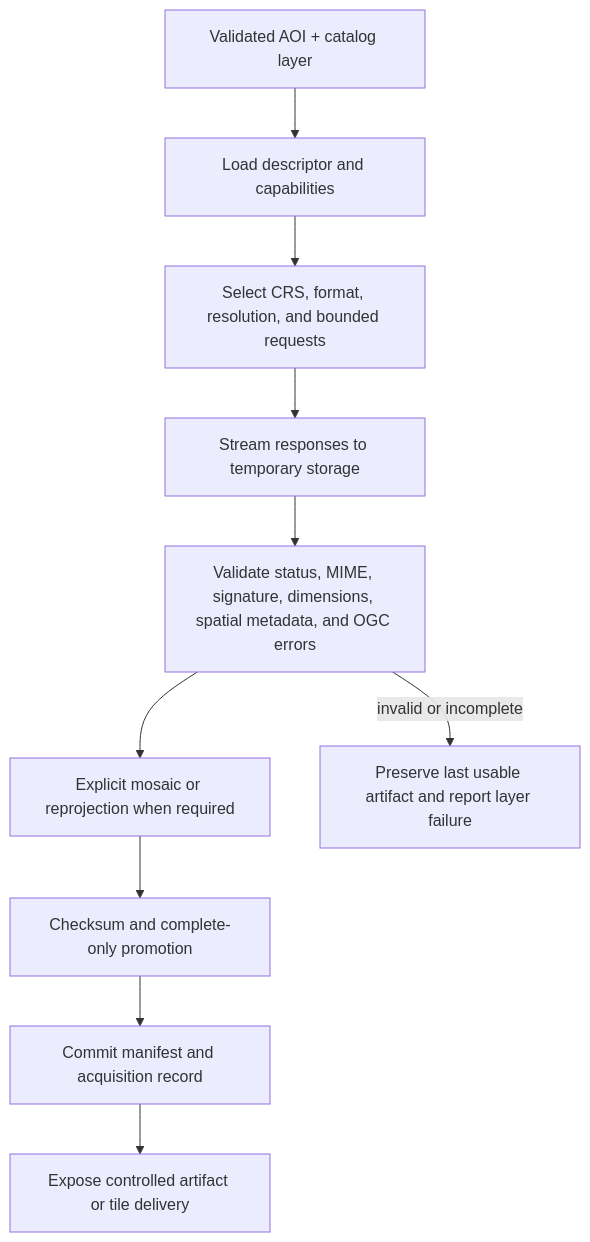
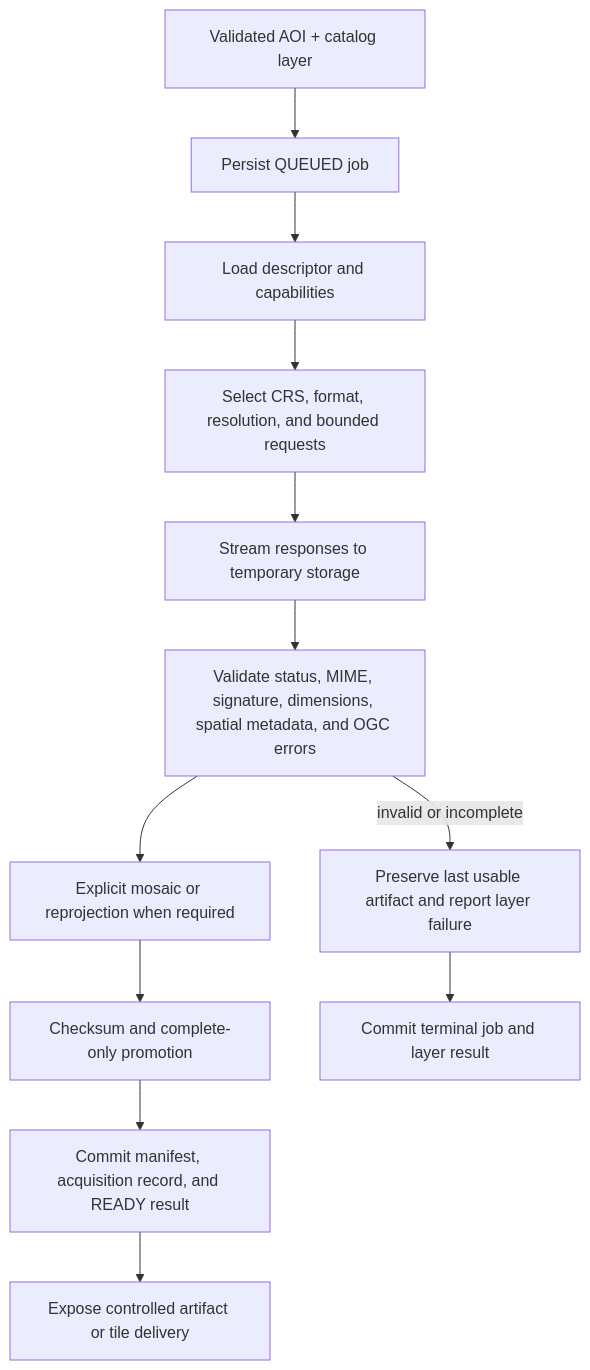
One commit to kuras120/geo-planner changed the second of 2 diagrams in docs/architecture/acquisition-and-artifact-flow.md. Above: the diagram before and after it, drawn with Mermaid. The commit also changed other lines of this file and 2 other files, not shown here.

Commit message:
docs: clarify startup and architecture flows

````diff
--- a/docs/architecture/acquisition-and-artifact-flow.md
+++ b/docs/architecture/acquisition-and-artifact-flow.md
@@ -63,13 +64,15 @@
 ```mermaid
 flowchart TD
-    START["Validated AOI + catalog layer"] --> LOAD["Load descriptor and capabilities"]
+    START["Validated AOI + catalog layer"] --> CREATE["Persist QUEUED job"]
+    CREATE --> LOAD["Load descriptor and capabilities"]
     LOAD --> PLAN["Select CRS, format, resolution, and bounded requests"]
     PLAN --> FETCH["Stream responses to temporary storage"]
     FETCH --> CHECK["Validate status, MIME, signature, dimensions, spatial metadata, and OGC errors"]
     CHECK --> TRANSFORM["Explicit mosaic or reprojection when required"]
     TRANSFORM --> PROMOTE["Checksum and complete-only promotion"]
-    PROMOTE --> RECORD["Commit manifest and acquisition record"]
+    PROMOTE --> RECORD["Commit manifest, acquisition record, and READY result"]
     RECORD --> EXPOSE["Expose controlled artifact or tile delivery"]
 
     CHECK -->|"invalid or incomplete"| FAIL["Preserve last usable artifact and report layer failure"]
+    FAIL --> TERMINAL["Commit terminal job and layer result"]
 ```
````
